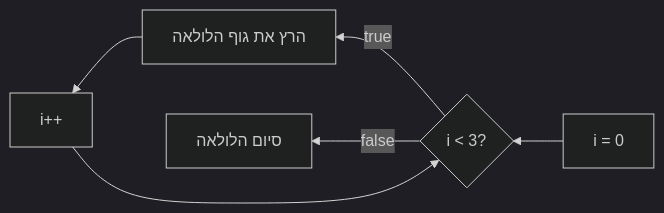
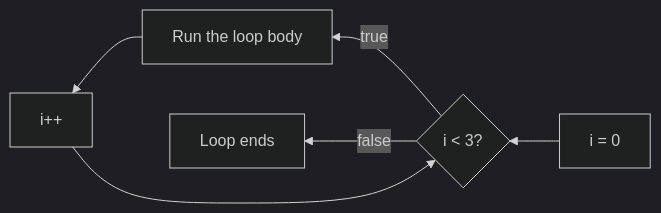
Before and after one commit to neriyaMalachi/FullStack_kodkode_5: the second of 2 diagrams in content/docs/javascript/4-js-conditions-loops-content.md, drawn with Mermaid (dark theme). The commit also changed other lines of this file and 117 other files, not shown here.

````diff
--- a/content/docs/javascript/4-js-conditions-loops-content.md
+++ b/content/docs/javascript/4-js-conditions-loops-content.md
@@ -54,8 +54,8 @@
 ```mermaid
 flowchart RL
     Init["i = 0"] --> Check{"i < 3?"}
-    Check -->|true| Run["הרץ את גוף הלולאה"]
+    Check -->|true| Run["Run the loop body"]
     Run --> Update["i++"]
     Update --> Check
-    Check -->|false| Done["סיום הלולאה"]
+    Check -->|false| Done["Loop ends"]
 ```
````
